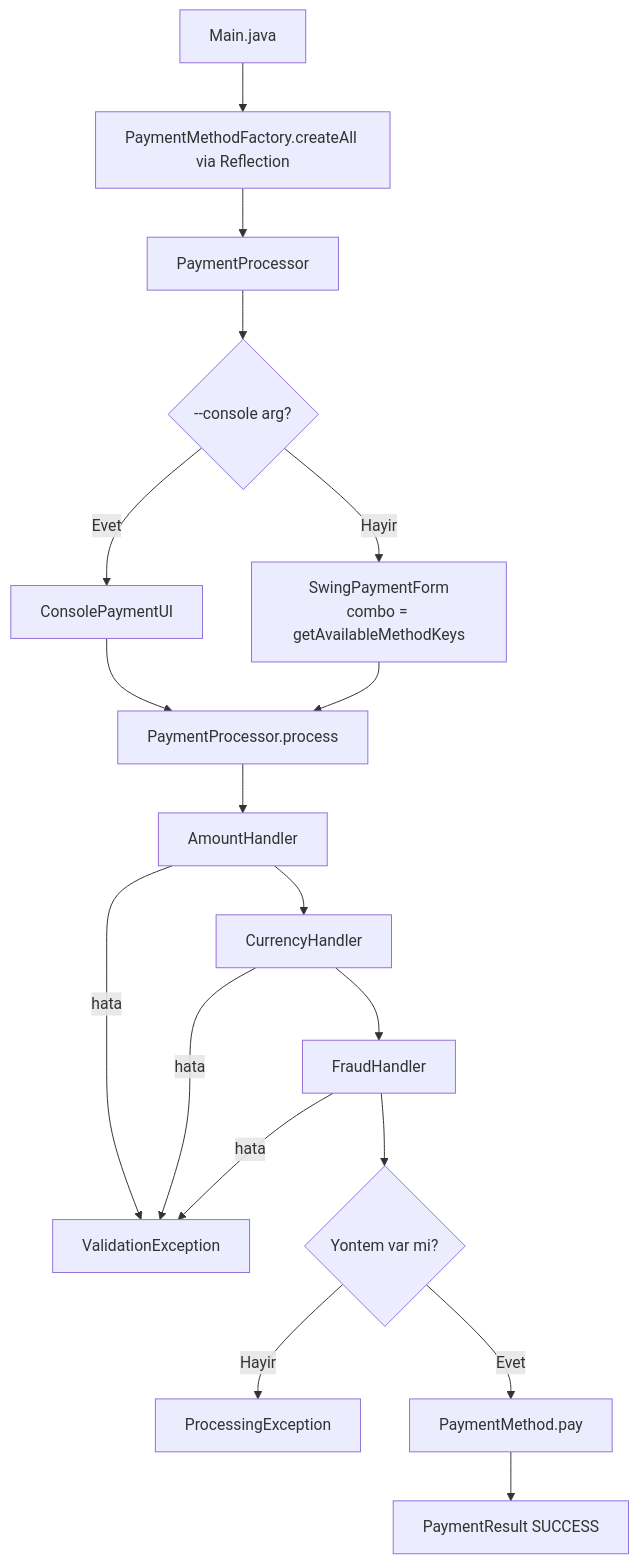
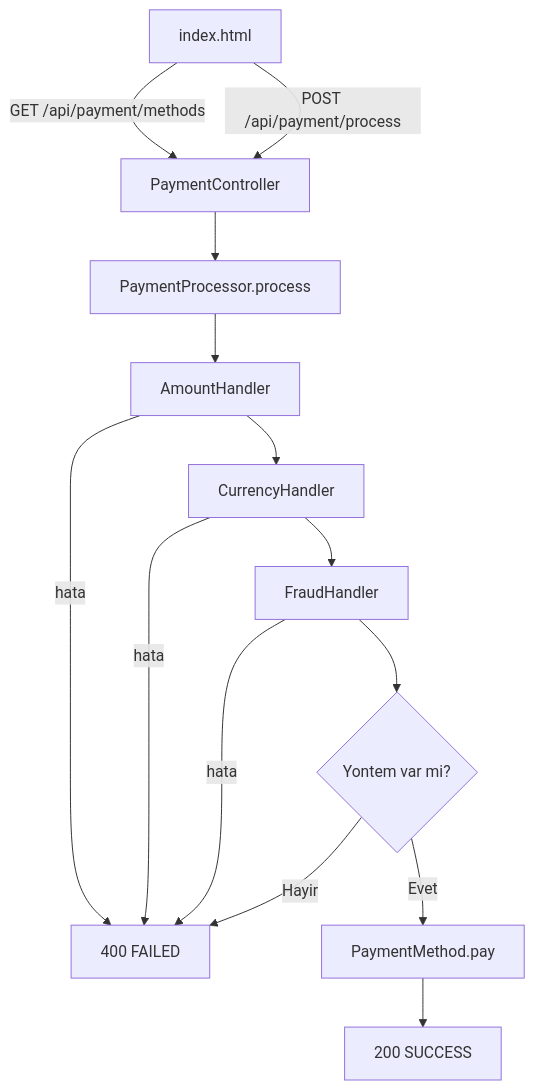
Before and after one commit to SamedBilginAlternet/n11_final: the second of 2 diagrams in README.md, drawn with Mermaid. The commit also changed other lines of this file, not shown here.

Commit message:
docs: rewrite README for Spring Boot, Docker, REST API, and updated diagrams

````diff
--- a/README.md
+++ b/README.md
@@ -156,20 +185,16 @@
 ```mermaid
 flowchart TD
-    A[Main.java] --> B[PaymentMethodFactory.createAll via Reflection]
-    B --> C[PaymentProcessor]
-    C --> D{--console arg?}
-    D -- Evet --> E[ConsolePaymentUI]
-    D -- Hayir --> F[SwingPaymentForm\ncombo = getAvailableMethodKeys]
-    E --> G[PaymentProcessor.process]
-    F --> G
-    G --> H[AmountHandler]
-    H --> I[CurrencyHandler]
-    I --> J[FraudHandler]
-    H -- hata --> K[ValidationException]
-    I -- hata --> K
-    J -- hata --> K
-    J --> L{Yontem var mi?}
-    L -- Hayir --> M[ProcessingException]
-    L -- Evet --> N[PaymentMethod.pay]
-    N --> O[PaymentResult SUCCESS]
+    A[index.html] -->|GET /api/payment/methods| B[PaymentController]
+    A -->|POST /api/payment/process| B
+    B --> C[PaymentProcessor.process]
+    C --> D[AmountHandler]
+    D --> E[CurrencyHandler]
+    E --> F[FraudHandler]
+    D -- hata --> G[400 FAILED]
+    E -- hata --> G
+    F -- hata --> G
+    F --> H{Yontem var mi?}
+    H -- Hayir --> G
+    H -- Evet --> I[PaymentMethod.pay]
+    I --> J[200 SUCCESS]
 ```
````
